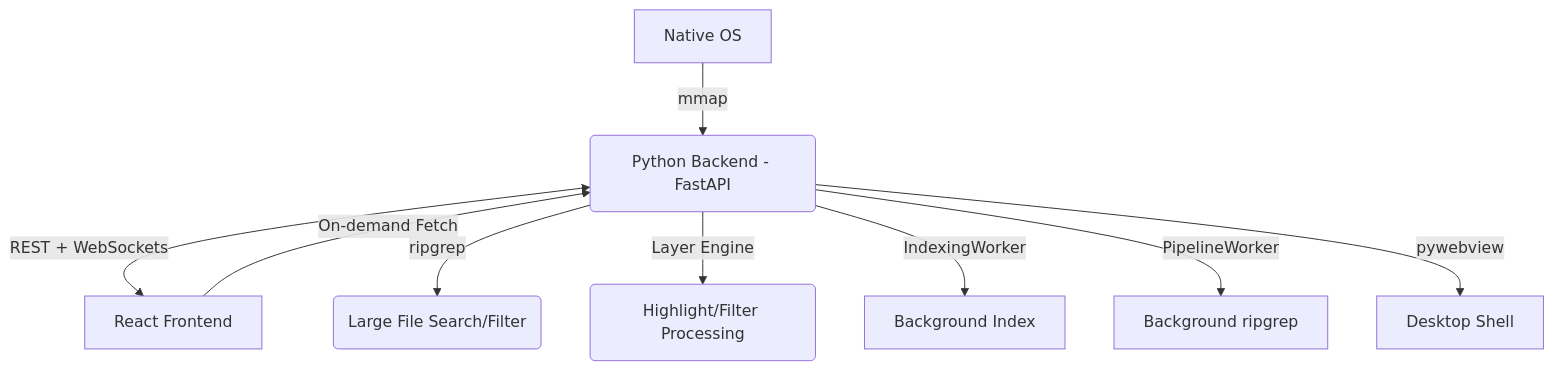
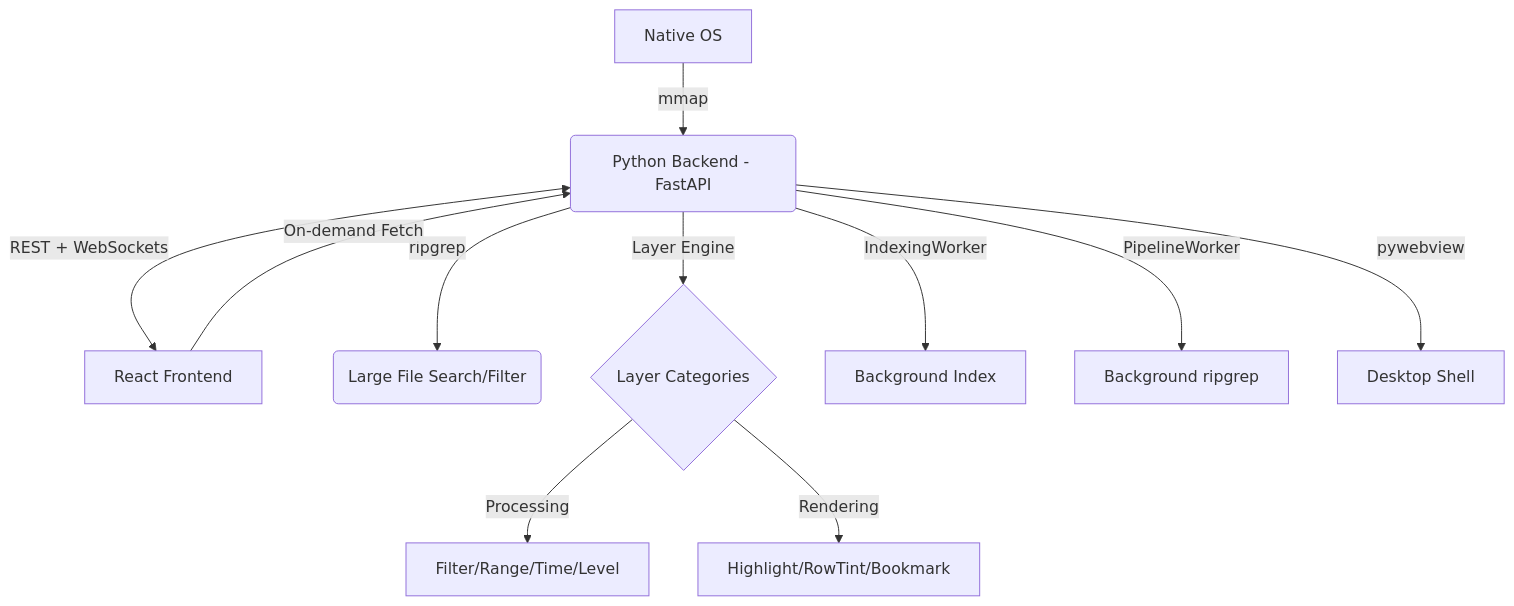
One commit to qmjianda/loglayout changed the diagram in PROJECT_MAP.md. Above: the diagram before and after it, drawn with Mermaid. The commit also changed other lines of this file and 22 other files, not shown here.

First line of the commit message:
feat: Layer decoupling architecture - Processing vs Rendering layers

````diff
--- a/PROJECT_MAP.md
+++ b/PROJECT_MAP.md
@@ -4,11 +4,13 @@
 ```mermaid
 graph TD
     A[Native OS] -->|mmap| B(Python Backend - FastAPI)
     B <-->|REST + WebSockets| C[React Frontend]
     B -->|ripgrep| D(Large File Search/Filter)
-    B -->|Layer Engine| E(Highlight/Filter Processing)
-    B -->|IndexingWorker| F[Background Index]
-    B -->|PipelineWorker| G[Background ripgrep]
-    B -->|pywebview| H[Desktop Shell]
+    B -->|Layer Engine| E{Layer Categories}
+    E -->|Processing| F[Filter/Range/Time/Level]
+    E -->|Rendering| G[Highlight/RowTint/Bookmark]
+    B -->|IndexingWorker| H[Background Index]
+    B -->|PipelineWorker| I[Background ripgrep]
+    B -->|pywebview| J[Desktop Shell]
     C -->|On-demand Fetch| B
 ```
````
